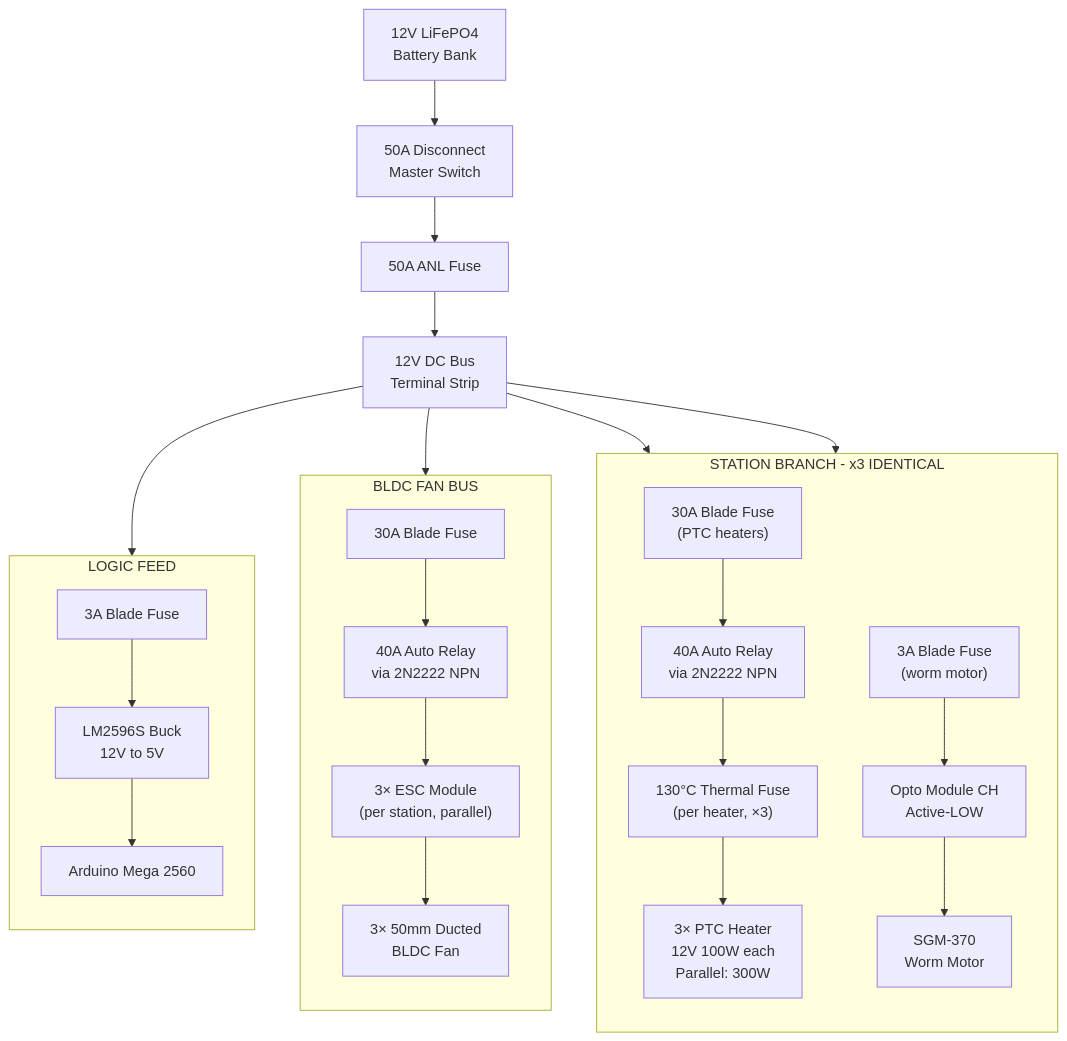
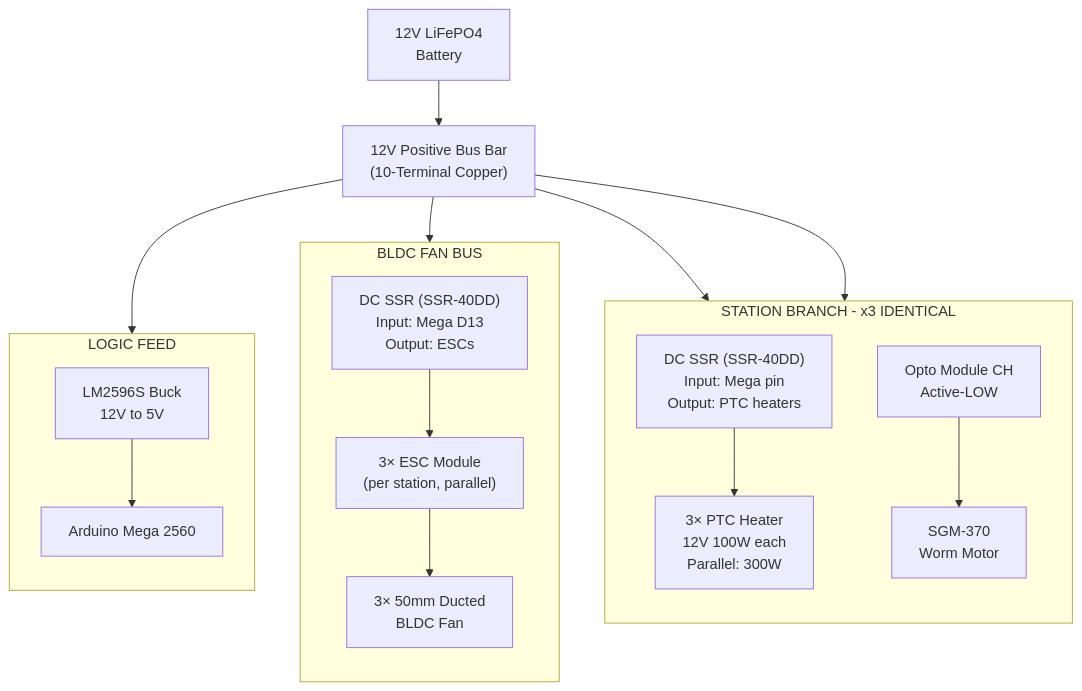
One commit to qppd/umbrella-dryer-v2 changed the second of 4 diagrams in docs/BLOCK-DIAGRAM.md. Above: the diagram before and after it, drawn with Mermaid. The commit also changed other lines of this file and 11 other files, not shown here.

````diff
--- a/docs/BLOCK-DIAGRAM.md
+++ b/docs/BLOCK-DIAGRAM.md
@@ -69,39 +62,32 @@
 ```mermaid
 flowchart TB
-    BAT["12V LiFePO4<br/>Battery Bank"]
-    DISC["50A Disconnect<br/>Master Switch"]
-    FMAIN["50A ANL Fuse"]
-    BUS["12V DC Bus<br/>Terminal Strip"]
+    BAT["12V LiFePO4<br/>Battery"]
+    BUS["12V Positive Bus Bar<br/>(10-Terminal Copper)"]
 
     subgraph STA["STATION BRANCH - x3 IDENTICAL"]
         direction TB
-        F_PTC["30A Blade Fuse<br/>(PTC heaters)"]
-        RELAY_H["40A Auto Relay<br/>via 2N2222 NPN"]
-        THF["130°C Thermal Fuse<br/>(per heater, ×3)"]
+        SSR_H["DC SSR (SSR-40DD)<br/>Input: Mega pin<br/>Output: PTC heaters"]
         PTC["3× PTC Heater<br/>12V 100W each<br/>Parallel: 300W"]
-        F_MOT["3A Blade Fuse<br/>(worm motor)"]
         RELAY_M["Opto Module CH<br/>Active-LOW"]
         MOT["SGM-370<br/>Worm Motor"]
     end
 
     subgraph FANBUS["BLDC FAN BUS"]
         direction TB
-        FF["30A Blade Fuse"]
-        RELAY_F["40A Auto Relay<br/>via 2N2222 NPN"]
+        SSR_F["DC SSR (SSR-40DD)<br/>Input: Mega D13<br/>Output: ESCs"]
         ESC["3× ESC Module<br/>(per station, parallel)"]
         BLDC["3× 50mm Ducted<br/>BLDC Fan"]
     end
 
     subgraph LOGIC["LOGIC FEED"]
         direction TB
-        FL["3A Blade Fuse"]
         BUCK["LM2596S Buck<br/>12V to 5V"]
         MEGA["Arduino Mega 2560"]
     end
 
-    BAT --> DISC --> FMAIN --> BUS
-    BUS --> F_PTC --> RELAY_H --> THF --> PTC
-    BUS --> F_MOT --> RELAY_M --> MOT
-    BUS --> FF --> RELAY_F --> ESC --> BLDC
-    BUS --> FL --> BUCK --> MEGA
+    BAT --> BUS
+    BUS --> SSR_H --> PTC
+    BUS --> RELAY_M --> MOT
+    BUS --> SSR_F --> ESC --> BLDC
+    BUS --> BUCK --> MEGA
 ```
````
